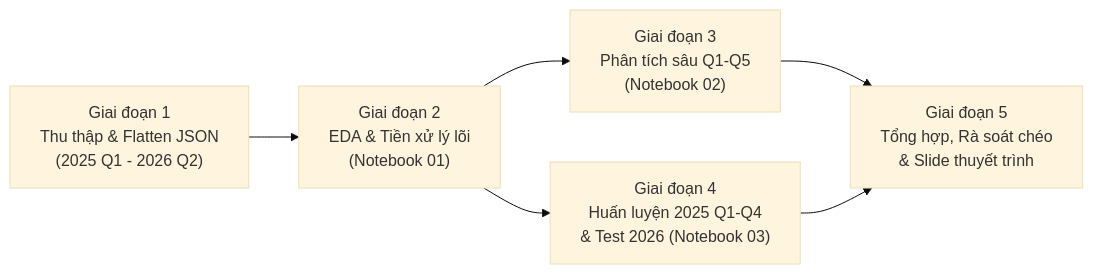
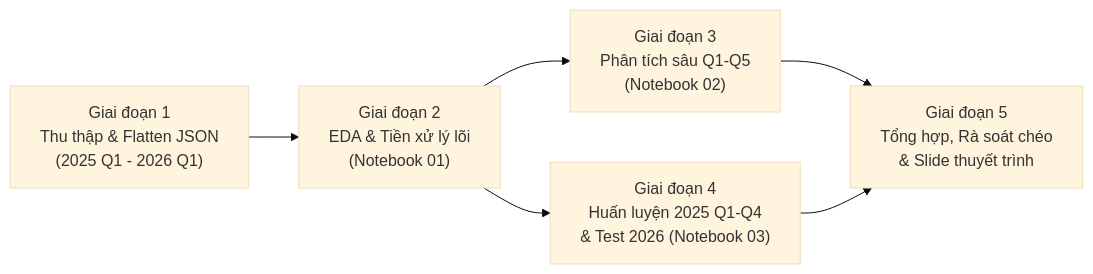
The diagram in README.md (LeoTkiet/Prg4DS-G3), drawn with Mermaid (base theme) before and after one commit. The commit also changed other lines of this file and 5 other files, not shown here.

````diff
--- a/README.md
+++ b/README.md
@@ -155,8 +155,8 @@
 ```mermaid
 flowchart LR
-    P1["Giai đoạn 1\nThu thập & Flatten JSON\n(2025 Q1 - 2026 Q2)"] --> P2["Giai đoạn 2\nEDA & Tiền xử lý lõi\n(Notebook 01)"]
+    P1["Giai đoạn 1\nThu thập & Flatten JSON\n(2025 Q1 - 2026 Q1)"] --> P2["Giai đoạn 2\nEDA & Tiền xử lý lõi\n(Notebook 01)"]
     P2 --> P3["Giai đoạn 3\nPhân tích sâu Q1-Q5\n(Notebook 02)"]
     P2 --> P4["Giai đoạn 4\nHuấn luyện 2025 Q1-Q4\n& Test 2026 (Notebook 03)"]
     P3 --> P5["Giai đoạn 5\nTổng hợp, Rà soát chéo\n& Slide thuyết trình"]
     P4 --> P5
 ```
````
